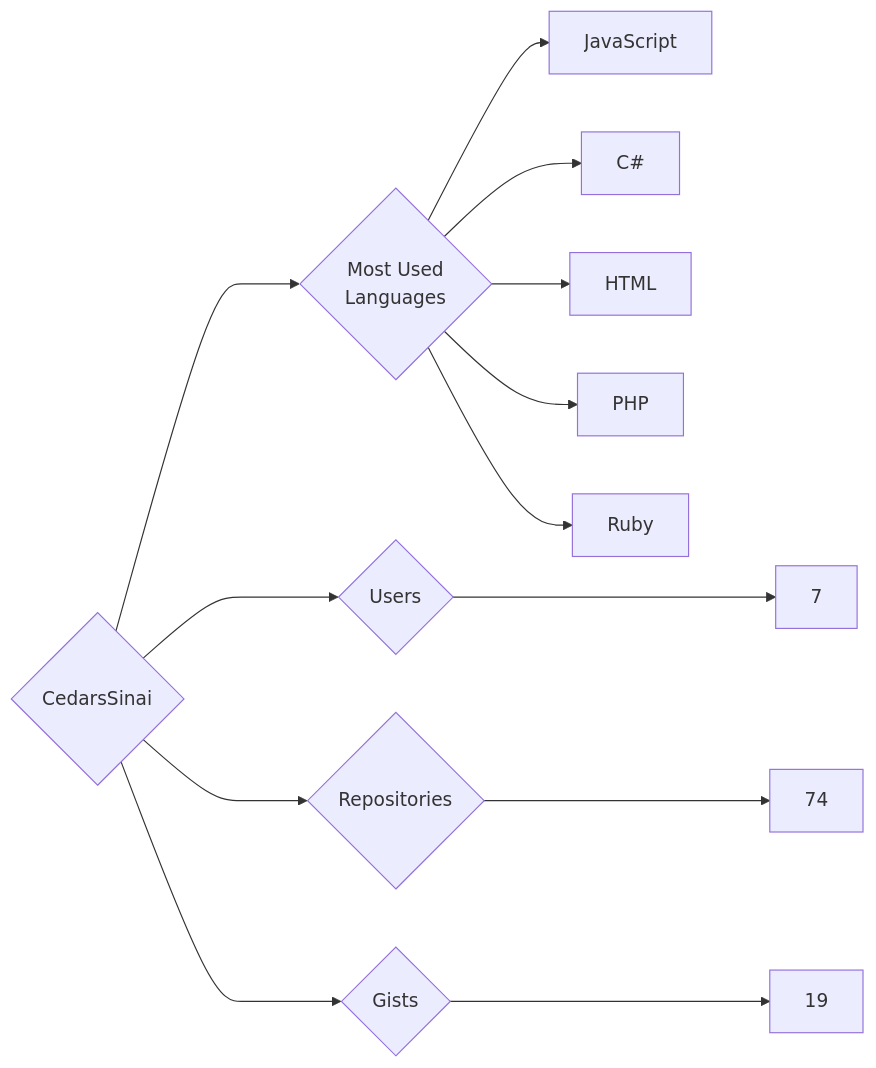
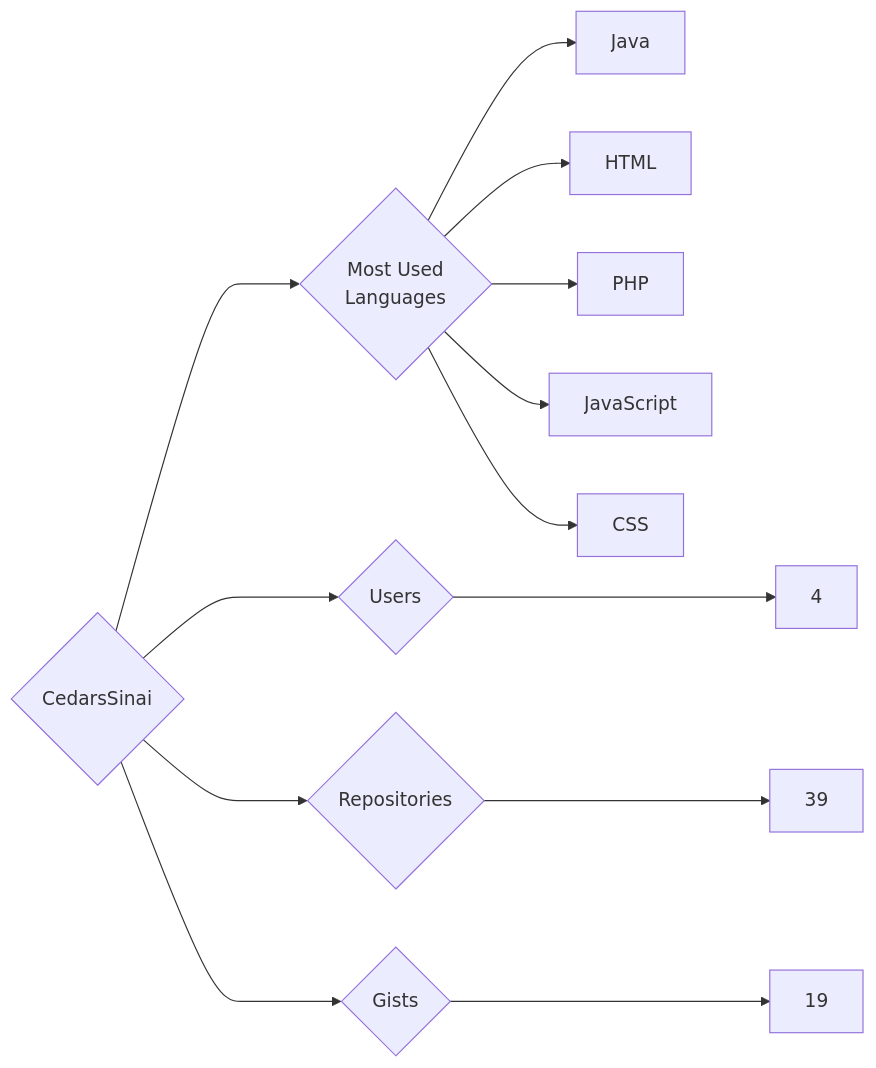
One commit to trickest/insiders changed the diagram in targets/CedarsSinai/README.md. Above: the diagram before and after it, drawn with Mermaid. The commit also changed 860 other files, not shown here.

````diff
--- a/targets/CedarsSinai/README.md
+++ b/targets/CedarsSinai/README.md
@@ -3,13 +3,13 @@
 ```mermaid
 graph LR
 COMPANY_NAME{CedarsSinai}
-COMPANY_NAME ---> U{Users} ---> UN[7]
-COMPANY_NAME ---> R{Repositories} ---> RN[74]
+COMPANY_NAME ---> U{Users} ---> UN[4]
+COMPANY_NAME ---> R{Repositories} ---> RN[39]
 COMPANY_NAME ---> G{Gists} ---> GN[19]
 COMPANY_NAME ---> ML{Most Used<br>Languages}
-ML --> JavaScript[JavaScript]
-ML --> C#[C#]
+ML --> Java[Java]
 ML --> HTML[HTML]
 ML --> PHP[PHP]
-ML --> Ruby[Ruby]
+ML --> JavaScript[JavaScript]
+ML --> CSS[CSS]
 ```
````
